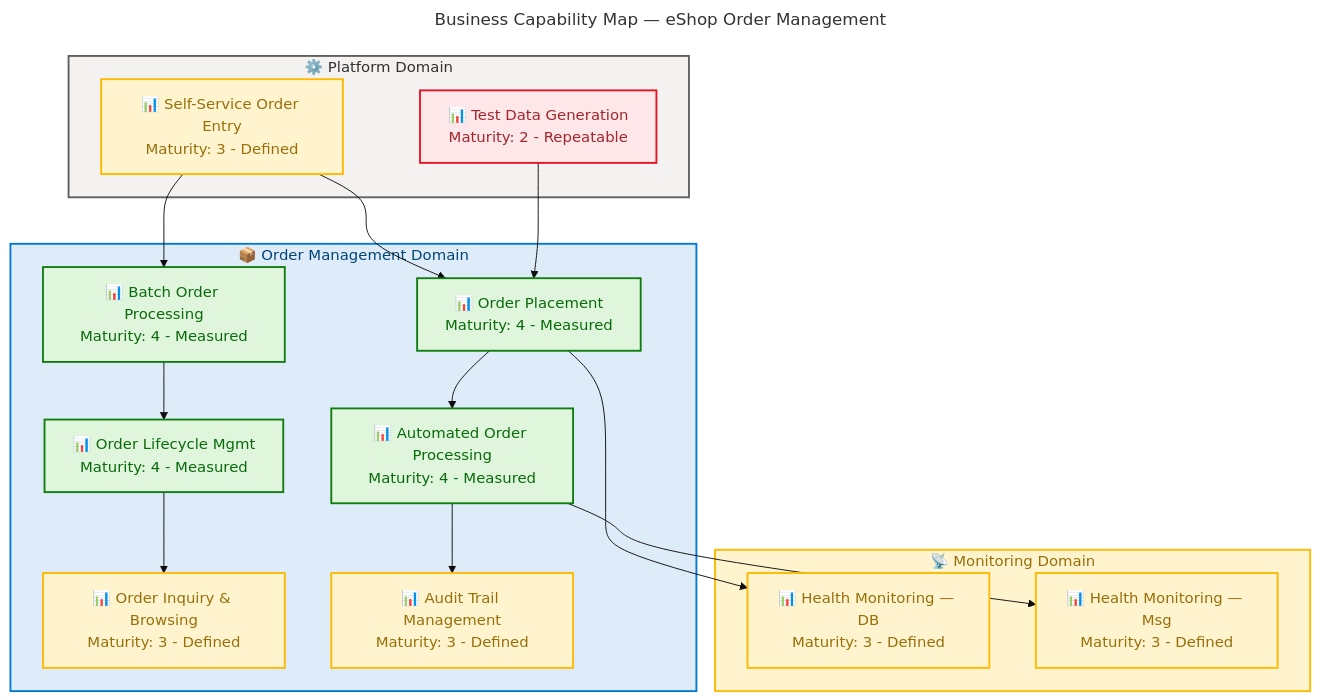
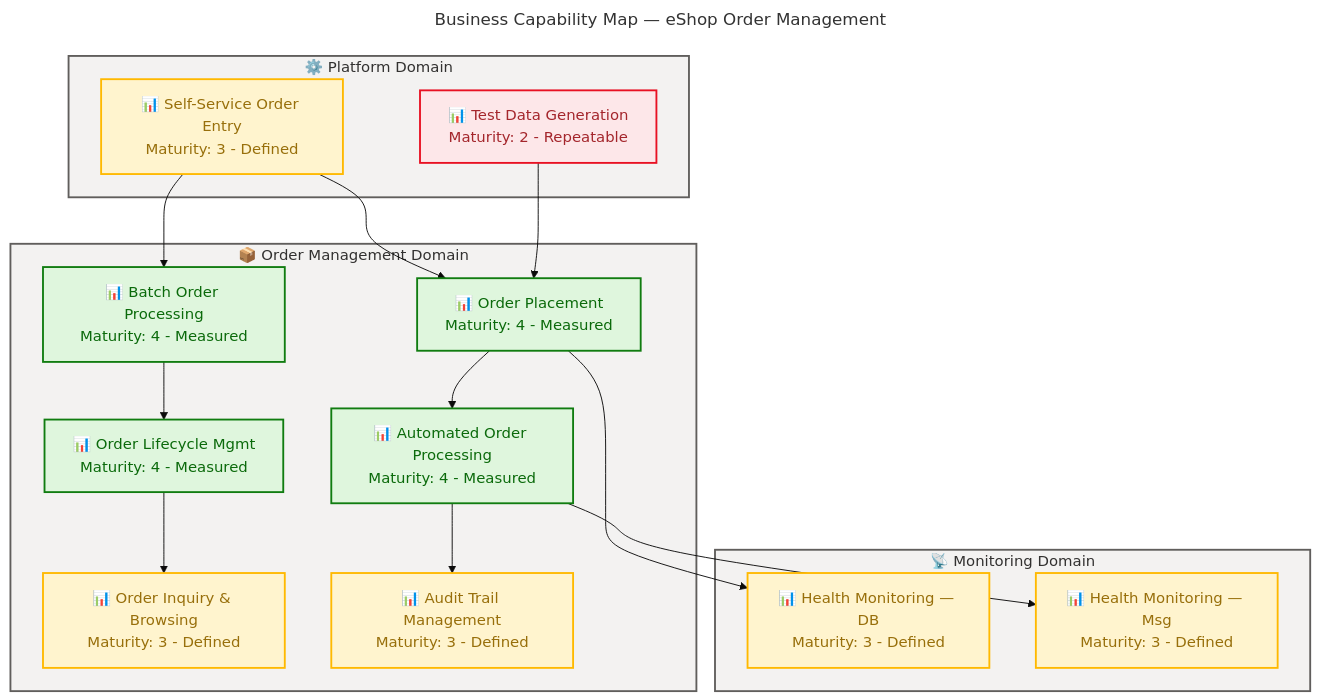
The first of 6 diagrams in docs/architecture/business-architecture.md (Evilazaro/Azure-LogicApps-Monitoring), drawn with Mermaid before and after one commit. The commit also changed other lines of this file, not shown here.

Commit message:
Refactor business architecture documentation for improved clarity and consistency

````diff
--- a/docs/architecture/business-architecture.md
+++ b/docs/architecture/business-architecture.md
@@ -89,62 +89,68 @@
 ```mermaid
 ---
 title: Business Capability Map — eShop Order Management
 config:
   theme: base
   look: classic
   layout: dagre
   themeVariables:
     fontSize: '16px'
   flowchart:
     htmlLabels: true
 ---
 flowchart TB
     accTitle: Business Capability Map
     accDescr: Shows 10 core business capabilities with maturity levels and dependencies across Order Management, Monitoring, and Platform domains
 
     %% ═══════════════════════════════════════════════════════════════════════════
     %% AZURE / FLUENT ARCHITECTURE PATTERN v1.1
     %% (Semantic + Structural + Font + Accessibility Governance)
+    %% ═══════════════════════════════════════════════════════════════════════════
+    %% PHASE 1 - STRUCTURAL: Direction explicit, flat topology, nesting ≤ 3
+    %% PHASE 2 - SEMANTIC: Colors justified, max 5 semantic classes, neutral-first
+    %% PHASE 3 - FONT: Dark text on light backgrounds, contrast ≥ 4.5:1
+    %% PHASE 4 - ACCESSIBILITY: accTitle/accDescr present, icons on all nodes
+    %% PHASE 5 - STANDARD: Governance block present, classDefs centralized
     %% ═══════════════════════════════════════════════════════════════════════════
 
     subgraph OrderDomain["📦 Order Management Domain"]
         cap1["📊 Order Placement<br/>Maturity: 4 - Measured"]
         cap2["📊 Batch Order Processing<br/>Maturity: 4 - Measured"]
         cap3["📊 Order Inquiry & Browsing<br/>Maturity: 3 - Defined"]
         cap4["📊 Order Lifecycle Mgmt<br/>Maturity: 4 - Measured"]
         cap5["📊 Automated Order Processing<br/>Maturity: 4 - Measured"]
         cap6["📊 Audit Trail Management<br/>Maturity: 3 - Defined"]
     end
 
     subgraph MonitorDomain["📡 Monitoring Domain"]
         cap7["📊 Health Monitoring — DB<br/>Maturity: 3 - Defined"]
         cap8["📊 Health Monitoring — Msg<br/>Maturity: 3 - Defined"]
     end
 
     subgraph PlatformDomain["⚙️ Platform Domain"]
         cap9["📊 Self-Service Order Entry<br/>Maturity: 3 - Defined"]
         cap10["📊 Test Data Generation<br/>Maturity: 2 - Repeatable"]
     end
 
     cap1 --> cap5
     cap2 --> cap4
     cap5 --> cap6
     cap4 --> cap3
     cap1 --> cap7
     cap5 --> cap8
     cap9 --> cap1
     cap9 --> cap2
     cap10 --> cap1
 
-    style OrderDomain fill:#DEECF9,stroke:#0078D4,stroke-width:2px,color:#004578
-    style MonitorDomain fill:#FFF4CE,stroke:#FFB900,stroke-width:2px,color:#986F0B
+    style OrderDomain fill:#F3F2F1,stroke:#605E5C,stroke-width:2px,color:#323130
+    style MonitorDomain fill:#F3F2F1,stroke:#605E5C,stroke-width:2px,color:#323130
     style PlatformDomain fill:#F3F2F1,stroke:#605E5C,stroke-width:2px,color:#323130
 
     classDef success fill:#DFF6DD,stroke:#107C10,stroke-width:2px,color:#0B6A0B
     classDef warning fill:#FFF4CE,stroke:#FFB900,stroke-width:2px,color:#986F0B
     classDef danger fill:#FDE7E9,stroke:#E81123,stroke-width:2px,color:#A4262C
 
     class cap1,cap2,cap4,cap5 success
     class cap3,cap6,cap7,cap8,cap9 warning
     class cap10 danger
 ```
````
